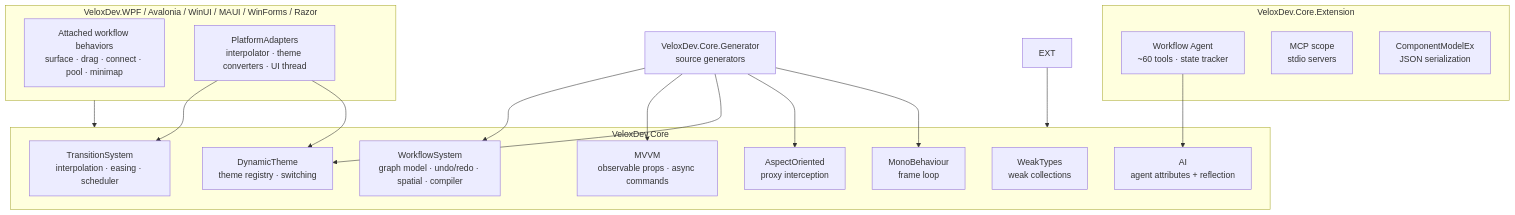
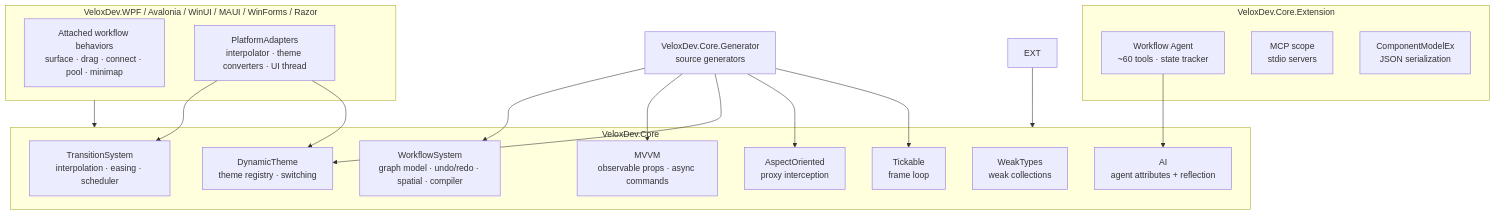
Before and after one commit to Axvser/VeloxDev.Docs: the diagram in src/CloudGlyph/Assets/Docs/content/en/3_SE_Analysis/01_functional-structure/index.md, drawn with Mermaid. The commit also changed other lines of this file and 591 other files, not shown here.

````diff
--- a/src/CloudGlyph/Assets/Docs/content/en/3_SE_Analysis/01_functional-structure/index.md
+++ b/src/CloudGlyph/Assets/Docs/content/en/3_SE_Analysis/01_functional-structure/index.md
@@ -21,32 +21,32 @@
 ```mermaid
 flowchart TD
     subgraph Core [VeloxDev.Core]
         WF[WorkflowSystem<br/>graph model · undo/redo · spatial · compiler]
         MV[MVVM<br/>observable props · async commands]
         TR[TransitionSystem<br/>interpolation · easing · scheduler]
         TH[DynamicTheme<br/>theme registry · switching]
         AOP[AspectOriented<br/>proxy interception]
-        MB[MonoBehaviour<br/>frame loop]
+        MB[Tickable<br/>frame loop]
         WT[WeakTypes<br/>weak collections]
         AI[AI<br/>agent attributes + reflection]
     end
     subgraph Ext [VeloxDev.Core.Extension]
         AGT[Workflow Agent<br/>~60 tools · state tracker]
         MCP[MCP scope<br/>stdio servers]
         SER[ComponentModelEx<br/>JSON serialization]
     end
     subgraph Adapters [VeloxDev.WPF / Avalonia / WinUI / MAUI / WinForms / Razor]
         AB[Attached workflow behaviors<br/>surface · drag · connect · pool · minimap]
         PA[PlatformAdapters<br/>interpolator · theme converters · UI thread]
     end
     GEN[VeloxDev.Core.Generator<br/>source generators] --> WF
     GEN --> MV
     GEN --> TH
     GEN --> AOP
     GEN --> MB
     EXT --> Core
     AGT --> AI
     Adapters --> Core
     PA --> TR
     PA --> TH
 ```
````
